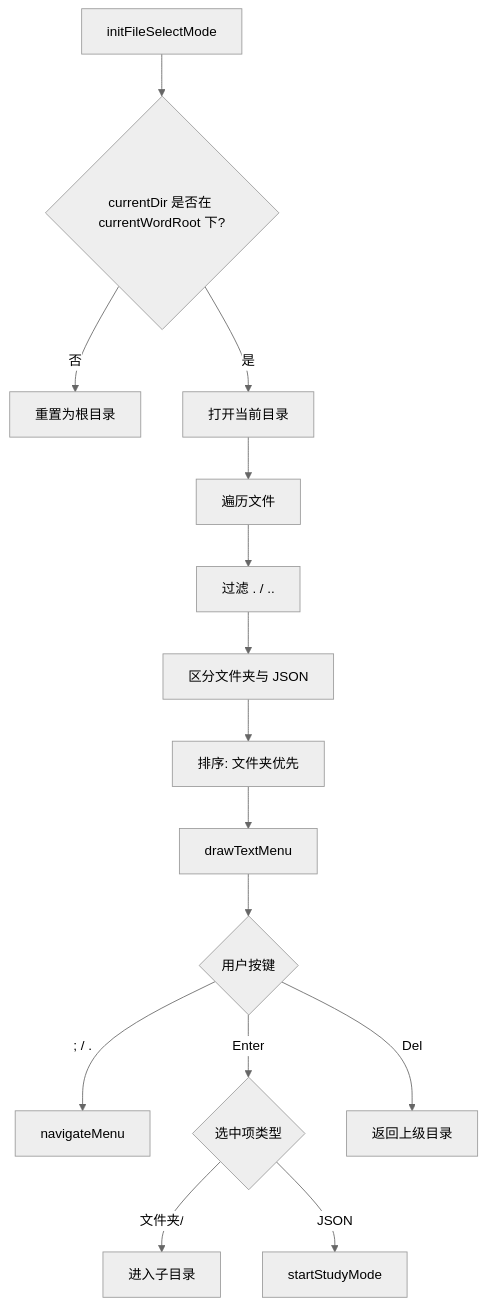
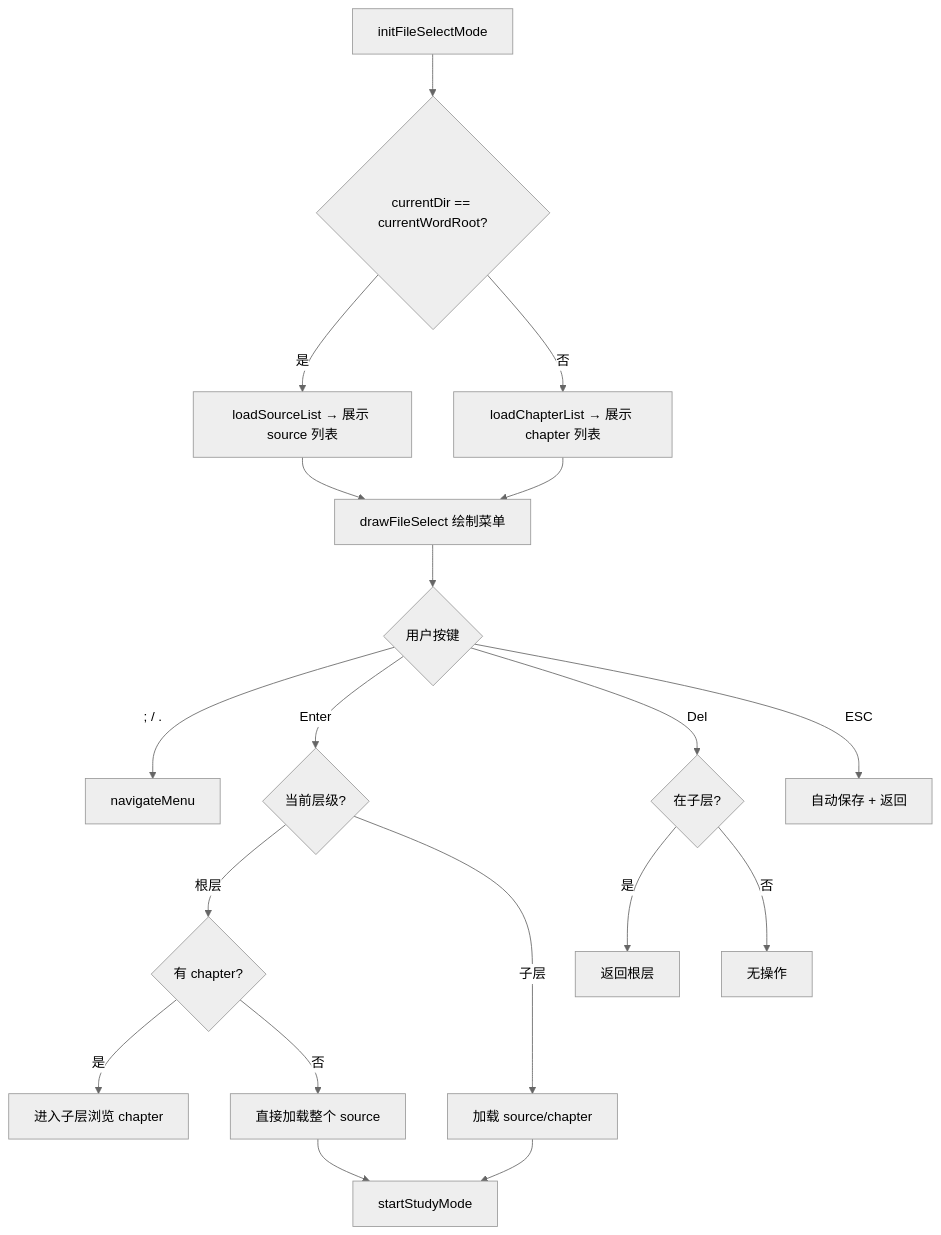
The diagram in docs/ModeFileSelect.md (Mr-xiaotian/WordCardputer), drawn with Mermaid (neutral theme) before and after one commit. The commit also changed other lines of this file and 13 other files, not shown here.

````diff
--- a/docs/ModeFileSelect.md
+++ b/docs/ModeFileSelect.md
@@ -20,17 +23,19 @@
 ```mermaid
 flowchart TD
-    A[initFileSelectMode] --> B{currentDir 是否在 currentWordRoot 下?}
-    B -->|否| C[重置为根目录]
-    B -->|是| D[打开当前目录]
-    D --> E[遍历文件]
-    E --> F[过滤 . / ..]
-    F --> G[区分文件夹与 JSON]
-    G --> H[排序: 文件夹优先]
-    H --> I[drawTextMenu]
-    I --> J{用户按键}
-    J -->|; / .| K[navigateMenu]
-    J -->|Enter| L{选中项类型}
-    L -->|文件夹/| M[进入子目录]
-    L -->|JSON| N[startStudyMode]
-    J -->|Del| O[返回上级目录]
+    A[initFileSelectMode] --> B{currentDir == currentWordRoot?}
+    B -->|是| C[loadSourceList → 展示 source 列表]
+    B -->|否| D[loadChapterList → 展示 chapter 列表]
+    C & D --> E[drawFileSelect 绘制菜单]
+    E --> F{用户按键}
+    F -->|; / .| G[navigateMenu]
+    F -->|Enter| H{当前层级?}
+    H -->|根层| I{有 chapter?}
+    I -->|是| J[进入子层浏览 chapter]
+    I -->|否| K[直接加载整个 source]
+    H -->|子层| L[加载 source/chapter]
+    K & L --> M[startStudyMode]
+    F -->|Del| N{在子层?}
+    N -->|是| O[返回根层]
+    N -->|否| P[无操作]
+    F -->|ESC| Q[自动保存 + 返回]
 ```
````
